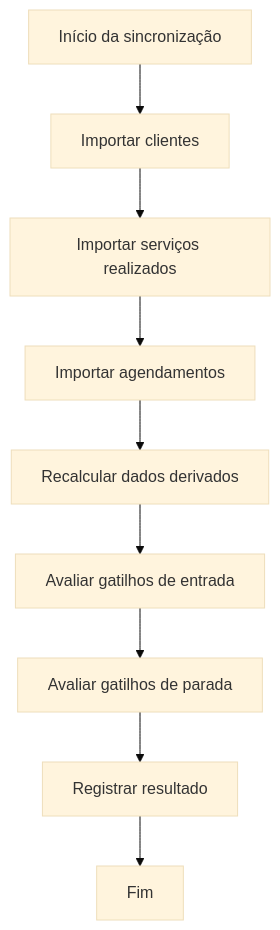
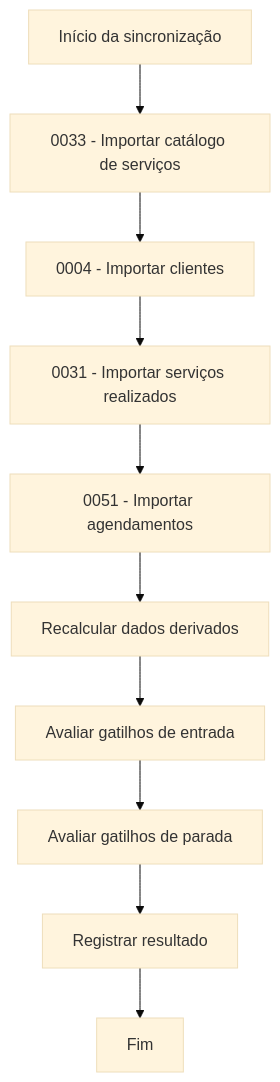
Before and after one commit to vinicerutti1/doc-pombocorreio: the first of 4 diagrams in docs/integracao-erp.md, drawn with Mermaid (base theme). The commit also changed other lines of this file, not shown here.

````diff
--- a/docs/integracao-erp.md
+++ b/docs/integracao-erp.md
@@ -150,11 +101,12 @@
 ```mermaid
 flowchart TD
-    INICIO[Início da sincronização] --> CLIENTES[Importar clientes]
-    CLIENTES --> SERVICOS[Importar serviços realizados]
-    SERVICOS --> AGENDAMENTOS[Importar agendamentos]
-    AGENDAMENTOS --> CONSOLIDAR[Recalcular dados derivados]
+    INICIO[Início da sincronização] --> R0033[0033 - Importar catálogo de serviços]
+    R0033 --> R0004[0004 - Importar clientes]
+    R0004 --> R0031[0031 - Importar serviços realizados]
+    R0031 --> R0051[0051 - Importar agendamentos]
+    R0051 --> CONSOLIDAR[Recalcular dados derivados]
     CONSOLIDAR --> ENTRADA[Avaliar gatilhos de entrada]
     ENTRADA --> PARADA[Avaliar gatilhos de parada]
-    PARADA --> FINALIZAR[Registrar resultado]
-    FINALIZAR --> FIM[Fim]
+    PARADA --> RESULTADO[Registrar resultado]
+    RESULTADO --> FIM[Fim]
 ```
````
